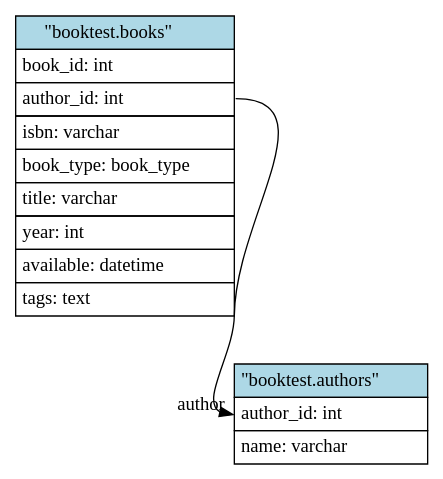
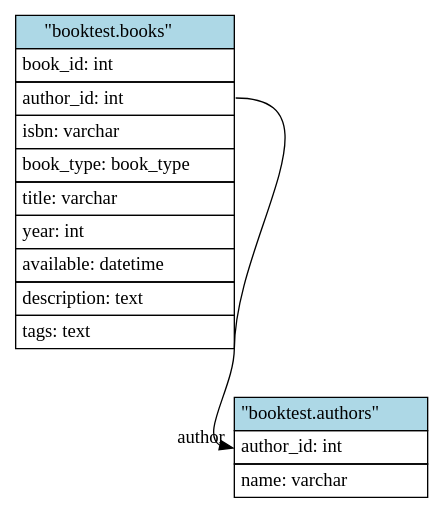
The diagram in _examples/booktest/mysql.xo.dot (niurkacanals/Sql-expert-for-database), drawn with Graphviz before and after one commit. The commit also changed 113 other files, not shown here.

```diff
--- a/_examples/booktest/mysql.xo.dot
+++ b/_examples/booktest/mysql.xo.dot
@@ -1,29 +1,30 @@
 // Generated by xo.
 digraph booktest {
 	// Defaults
 	node [shape=none, margin=0]
 	
 	// Nodes (tables)
 	"booktest.authors" [ label=<
 		<table border="0" cellborder="1" cellspacing="0" cellpadding="4">
 		<tr><td bgcolor="lightblue">"booktest.authors"</td></tr>
 		<tr><td align="left" PORT="author_id">author_id: int</td></tr>
 		<tr><td align="left" PORT="name">name: varchar</td></tr>
 		</table>> ]
 	
 	"booktest.books" [ label=<
 		<table border="0" cellborder="1" cellspacing="0" cellpadding="4">
 		<tr><td bgcolor="lightblue">"booktest.books"</td></tr>
 		<tr><td align="left" PORT="book_id">book_id: int</td></tr>
 		<tr><td align="left" PORT="author_id">author_id: int</td></tr>
 		<tr><td align="left" PORT="isbn">isbn: varchar</td></tr>
 		<tr><td align="left" PORT="book_type">book_type: book_type</td></tr>
 		<tr><td align="left" PORT="title">title: varchar</td></tr>
 		<tr><td align="left" PORT="year">year: int</td></tr>
 		<tr><td align="left" PORT="available">available: datetime</td></tr>
+		<tr><td align="left" PORT="description">description: text</td></tr>
 		<tr><td align="left" PORT="tags">tags: text</td></tr>
 		</table>> ]
 	
 	"booktest.books":"author_id":e -> "booktest.authors":"author_id":w [
 		headlabel="author"]
 }
```
